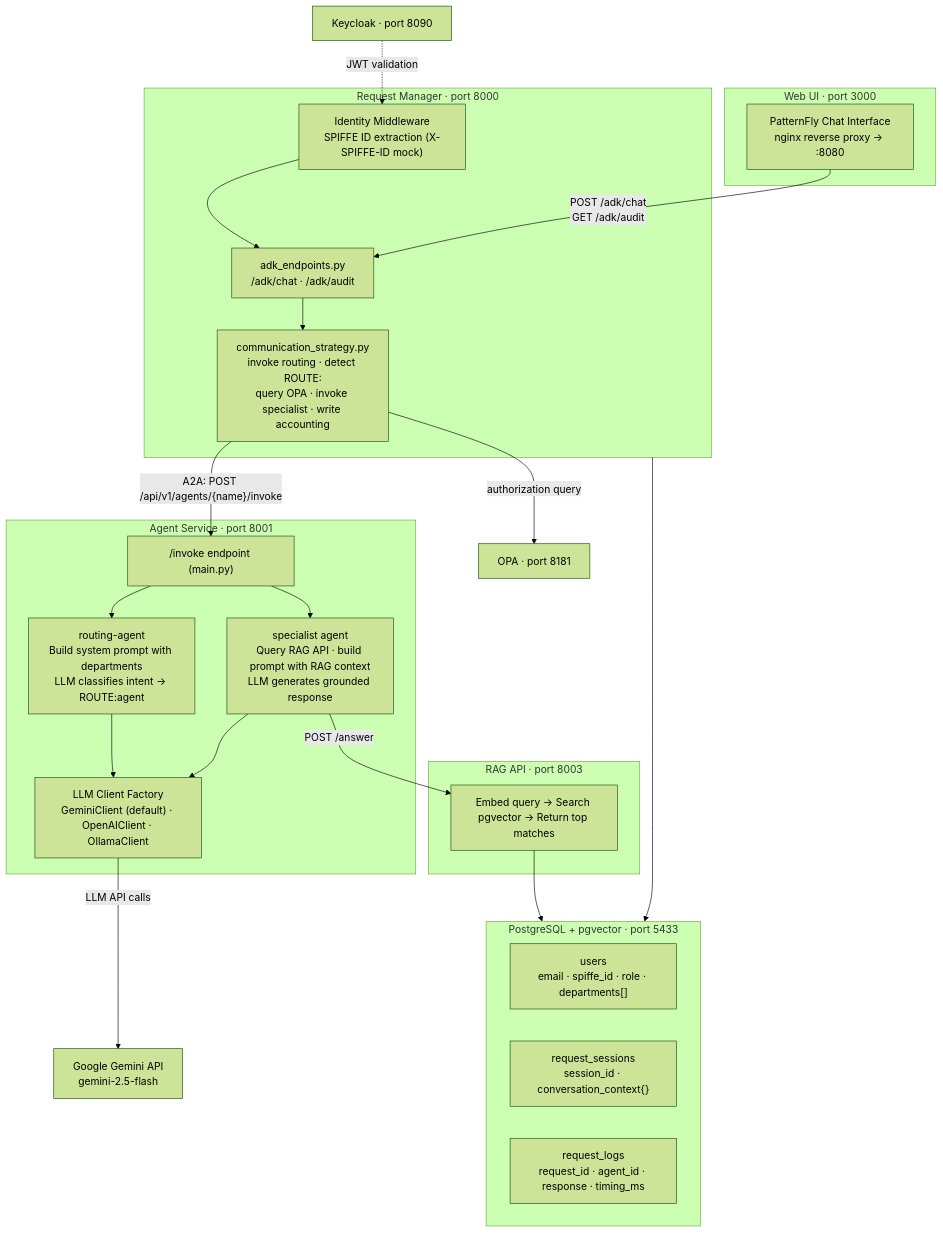
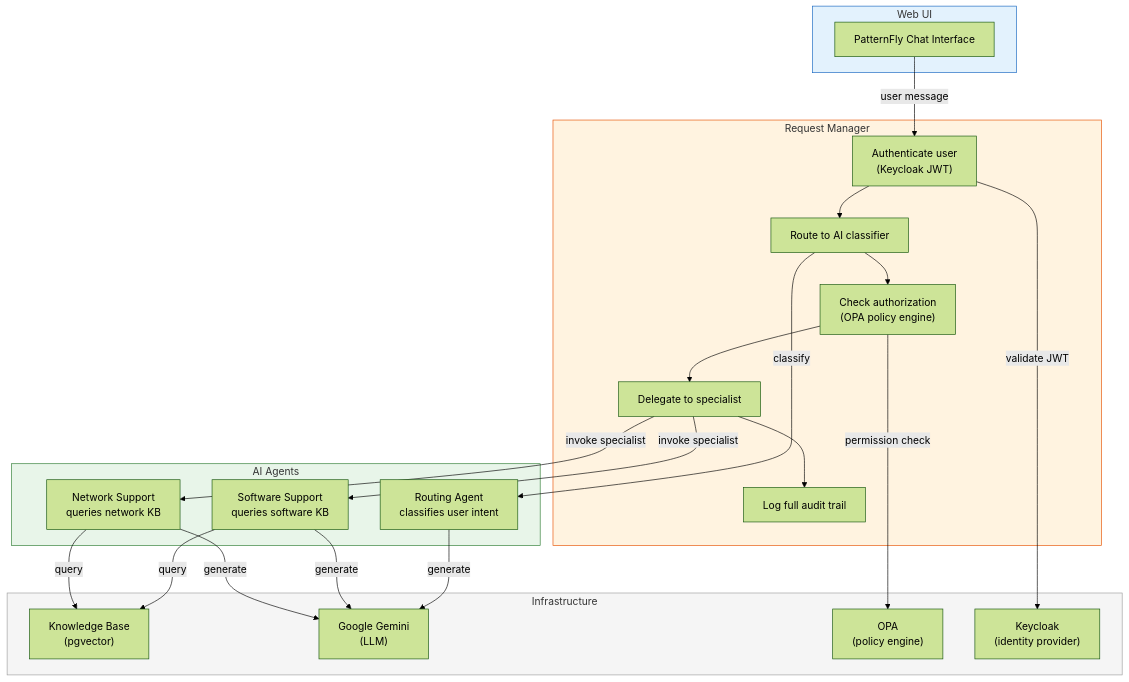
One commit to rh-ai-quickstart/agentic-partners-integration changed the second of 2 diagrams in README.md. Above: the diagram before and after it, drawn with Mermaid (forest theme). The commit also changed other lines of this file and 18 other files, not shown here.

````diff
--- a/README.md
+++ b/README.md
@@ -361,46 +52,41 @@
 ```mermaid
 flowchart TB
-    subgraph ui["Web UI · port 3000"]
-        nginx["PatternFly Chat Interface\nnginx reverse proxy → :8080"]
+    subgraph ui["Web UI"]
+        chat["PatternFly Chat Interface"]
     end
 
-    subgraph rm["Request Manager · port 8000"]
-        identity["Identity Middleware\nSPIFFE ID extraction (X-SPIFFE-ID mock)"]
-        adk["adk_endpoints.py\n/adk/chat · /adk/audit"]
-        strategy["communication_strategy.py\ninvoke routing · detect ROUTE:\nquery OPA · invoke specialist · write accounting"]
-        identity --> adk --> strategy
+    subgraph rm["Request Manager"]
+        auth["Authenticate user\n(Keycloak JWT)"]
+        route["Route to AI classifier"]
+        authorize["Check authorization\n(OPA policy engine)"]
+        delegate["Delegate to specialist"]
+        audit["Log full audit trail"]
+        auth --> route --> authorize --> delegate --> audit
     end
 
-    subgraph as["Agent Service · port 8001"]
-        invoke["/invoke endpoint (main.py)"]
-        routing["routing-agent\nBuild system prompt with departments\nLLM classifies intent → ROUTE:agent"]
-        specialist["specialist agent\nQuery RAG API · build prompt with RAG context\nLLM generates grounded response"]
-        llm["LLM Client Factory\nGeminiClient (default) · OpenAIClient · OllamaClient"]
-        invoke --> routing & specialist
-        routing --> llm
-        specialist --> llm
+    subgraph agents["AI Agents"]
+        routing["Routing Agent\nclassifies user intent"]
+        sw["Software Support\nqueries software KB"]
+        nw["Network Support\nqueries network KB"]
     end
 
-    subgraph rag["RAG API · port 8003"]
-        ragapi["Embed query → Search pgvector → Return top matches"]
+    subgraph infra["Infrastructure"]
+        kb["Knowledge Base\n(pgvector)"]
+        llm["Google Gemini\n(LLM)"]
+        opa["OPA\n(policy engine)"]
+        kc["Keycloak\n(identity provider)"]
     end
 
-    subgraph db["PostgreSQL + pgvector · port 5433"]
-        users["users\nemail · spiffe_id · role · departments[]"]
-        sessions["request_sessions\nsession_id · conversation_context{}"]
-        logs["request_logs\nrequest_id · agent_id · response · timing_ms"]
-    end
+    chat -->|"user message"| auth
+    route -->|"classify"| routing
+    authorize -->|"permission check"| opa
+    delegate -->|"invoke specialist"| sw & nw
+    sw & nw -->|"query"| kb
+    routing & sw & nw -->|"generate"| llm
+    auth -->|"validate JWT"| kc
 
-    gemini["Google Gemini API\ngemini-2.5-flash"]
-    opa["OPA · port 8181"]
-    keycloak["Keycloak · port 8090"]
-
-    nginx -->|"POST /adk/chat\nGET /adk/audit"| adk
-    strategy -->|"A2A: POST /api/v1/agents/{name}/invoke"| invoke
-    strategy -->|"authorization query"| opa
-    llm -->|"LLM API calls"| gemini
-    specialist -->|"POST /answer"| ragapi
-    ragapi --> db
-    rm --> db
-    keycloak -.->|"JWT validation"| identity
+    style ui fill:#e3f2fd,stroke:#1565c0
+    style rm fill:#fff3e0,stroke:#e65100
+    style agents fill:#e8f5e9,stroke:#2e7d32
+    style infra fill:#f5f5f5,stroke:#9e9e9e
 ```
````
